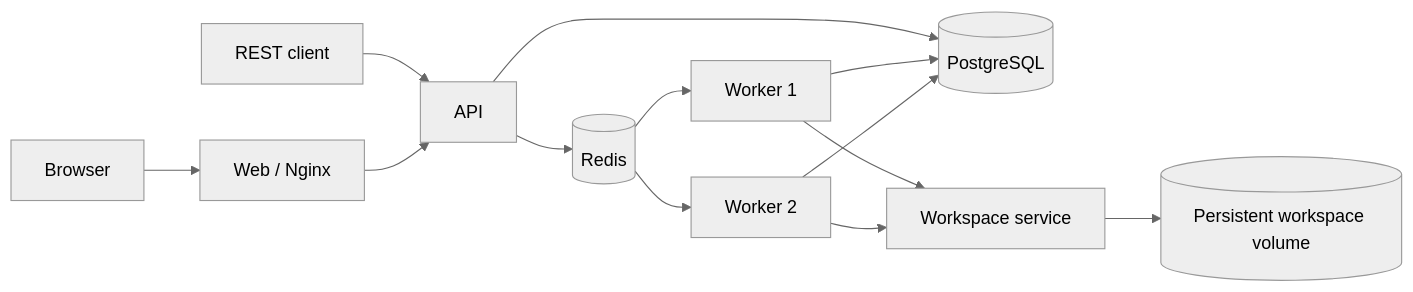
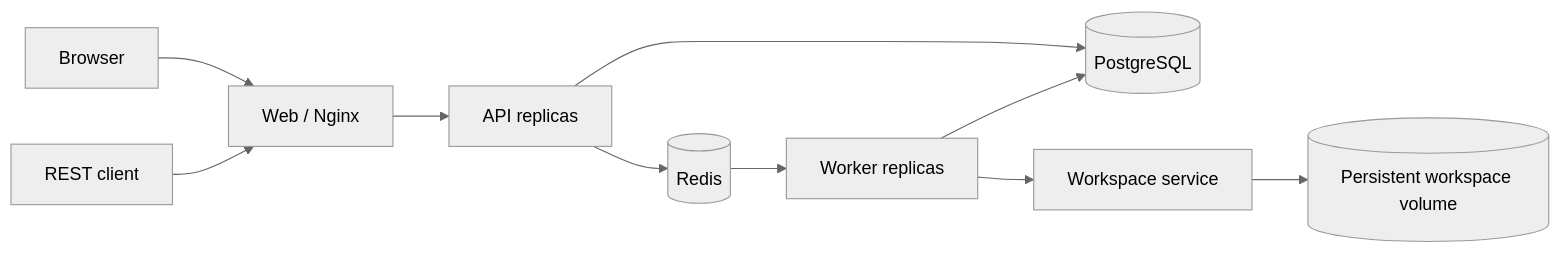
One commit to mill413/deepseek-harness changed the diagram in apps/distributed/README.md. Above: the diagram before and after it, drawn with Mermaid (neutral theme). The commit also changed other lines of this file and 12 other files, not shown here.

Commit message:
feat(distributed): scale api and worker services

````diff
--- a/apps/distributed/README.md
+++ b/apps/distributed/README.md
@@ -7,15 +7,12 @@
 ```mermaid
 flowchart LR
   B[Browser] --> W[Web / Nginx]
-  C[REST client] --> A[API]
-  W --> A
+  C[REST client] --> W
+  W --> A[API replicas]
   A --> P[(PostgreSQL)]
   A --> R[(Redis)]
-  R --> W1[Worker 1]
-  R --> W2[Worker 2]
-  W1 --> P
-  W2 --> P
-  W1 --> S[Workspace service]
-  W2 --> S
+  R --> WK[Worker replicas]
+  WK --> P
+  WK --> S[Workspace service]
   S --> V[(Persistent workspace volume)]
 ```
````
